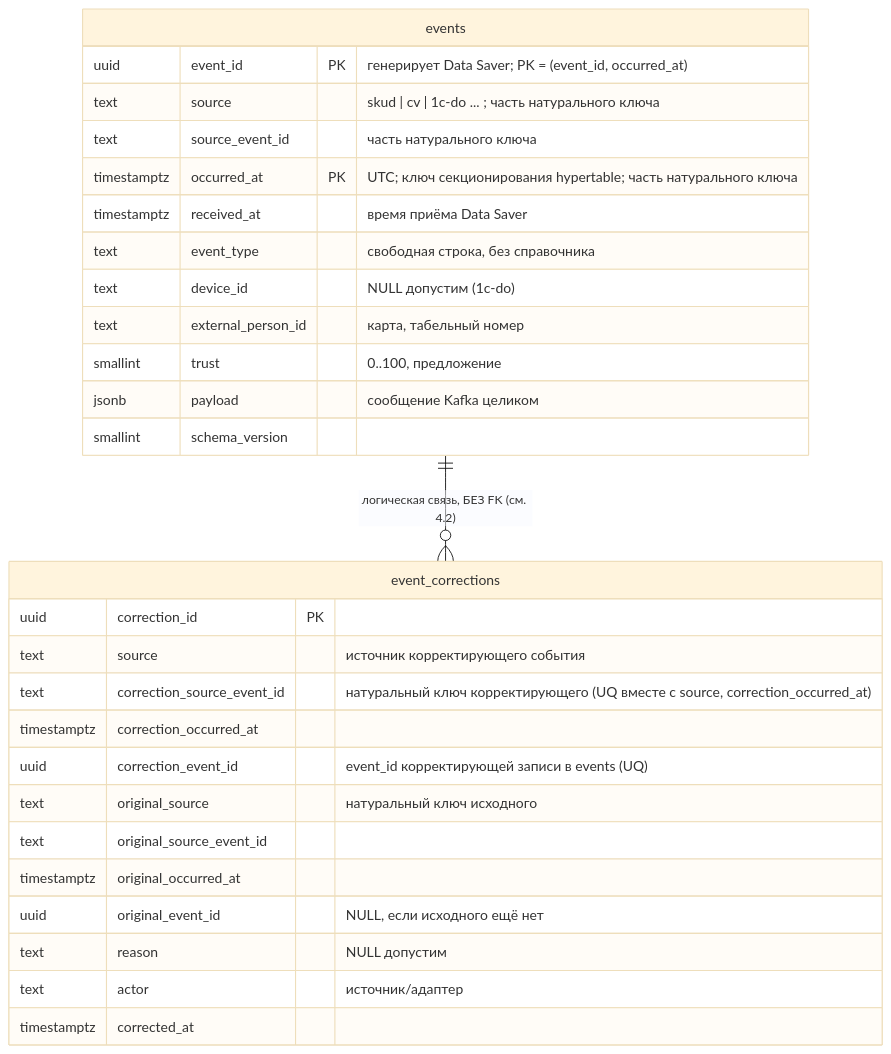
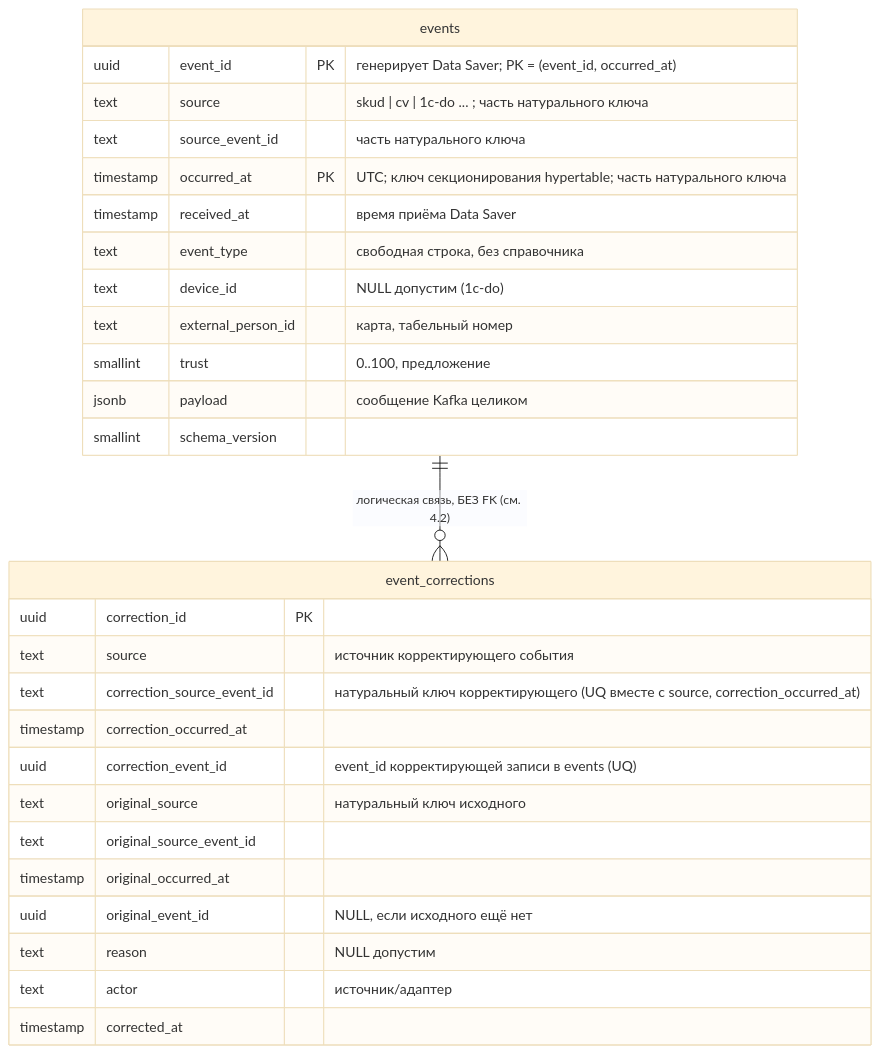
One commit to mmg163/ktm_backend changed the diagram in docs/design/Схема_БД_ER.md. Above: the diagram before and after it, drawn with Mermaid (base theme). The commit also changed other lines of this file and 11 other files, not shown here.

````diff
--- a/docs/design/Схема_БД_ER.md
+++ b/docs/design/Схема_БД_ER.md
@@ -23,31 +25,31 @@
 ```mermaid
 erDiagram
     events {
         uuid        event_id            PK "генерирует Data Saver; PK = (event_id, occurred_at)"
         text        source              "skud | cv | 1c-do ... ; часть натурального ключа"
         text        source_event_id     "часть натурального ключа"
-        timestamptz occurred_at         PK "UTC; ключ секционирования hypertable; часть натурального ключа"
-        timestamptz received_at         "время приёма Data Saver"
+        timestamp occurred_at         PK "UTC; ключ секционирования hypertable; часть натурального ключа"
+        timestamp received_at         "время приёма Data Saver"
         text        event_type          "свободная строка, без справочника"
         text        device_id           "NULL допустим (1c-do)"
         text        external_person_id  "карта, табельный номер"
         smallint    trust               "0..100, предложение"
         jsonb       payload             "сообщение Kafka целиком"
         smallint    schema_version
     }
     event_corrections {
         uuid        correction_id               PK
         text        source                      "источник корректирующего события"
         text        correction_source_event_id  "натуральный ключ корректирующего (UQ вместе с source, correction_occurred_at)"
-        timestamptz correction_occurred_at
+        timestamp correction_occurred_at
         uuid        correction_event_id         "event_id корректирующей записи в events (UQ)"
         text        original_source             "натуральный ключ исходного"
         text        original_source_event_id
-        timestamptz original_occurred_at
+        timestamp original_occurred_at
         uuid        original_event_id           "NULL, если исходного ещё нет"
         text        reason                      "NULL допустим"
         text        actor                       "источник/адаптер"
-        timestamptz corrected_at
+        timestamp corrected_at
     }
     events ||--o{ event_corrections : "логическая связь, БЕЗ FK (см. 4.2)"
 ```
````
